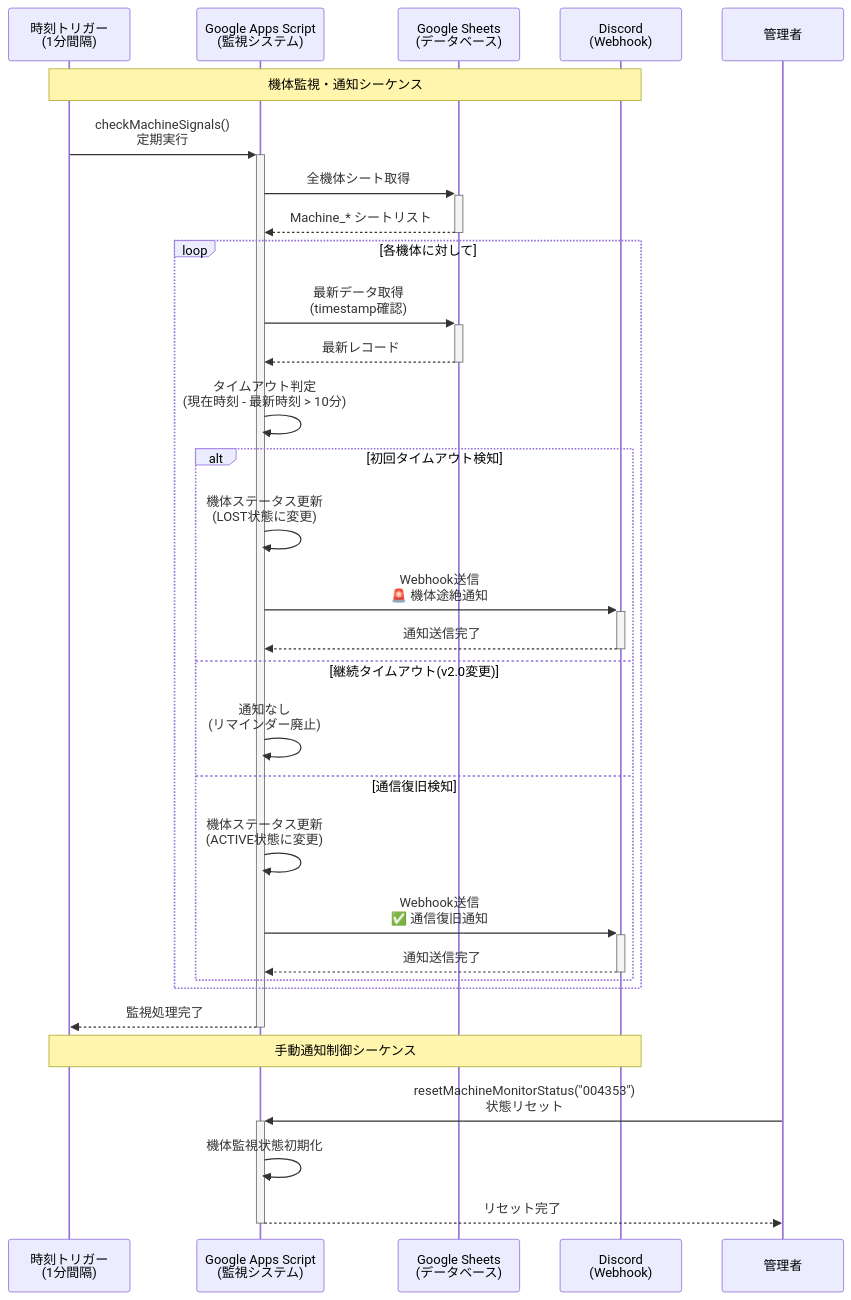
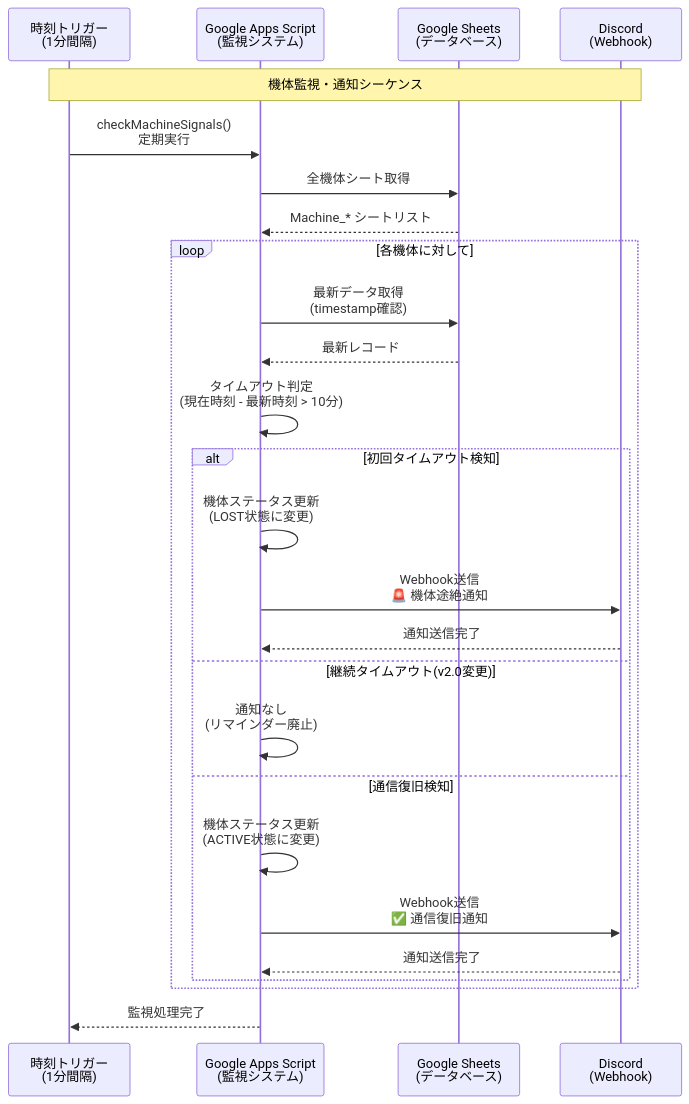
Before and after one commit to e-kagaku-Aquatic-Project/Telemetry-Visualization-App: the third of 11 diagrams in GAS/README.md, drawn with Mermaid. The commit also changed other lines of this file, not shown here.

````diff
--- a/GAS/README.md
+++ b/GAS/README.md
@@ -198,45 +187,38 @@
 ```mermaid
 sequenceDiagram
     participant Trigger as 時刻トリガー<br/>(1分間隔)
     participant GAS as Google Apps Script<br/>(監視システム)
     participant Sheet as Google Sheets<br/>(データベース)
     participant Discord as Discord<br/>(Webhook)
 
     Note over Trigger, Discord: 機体監視・通知シーケンス
 
-    Trigger->>+GAS: checkMachineSignals()<br/>定期実行
+    Trigger->>GAS: checkMachineSignals()<br/>定期実行
 
-    GAS->>+Sheet: 全機体シート取得
-    Sheet-->>-GAS: Machine_* シートリスト
+    GAS->>Sheet: 全機体シート取得
+    Sheet-->>GAS: Machine_* シートリスト
 
     loop 各機体に対して
-        GAS->>+Sheet: 最新データ取得<br/>(timestamp確認)
-        Sheet-->>-GAS: 最新レコード
+        GAS->>Sheet: 最新データ取得<br/>(timestamp確認)
+        Sheet-->>GAS: 最新レコード
 
         GAS->>GAS: タイムアウト判定<br/>(現在時刻 - 最新時刻 > 10分)
 
         alt 初回タイムアウト検知
             GAS->>GAS: 機体ステータス更新<br/>(LOST状態に変更)
-            GAS->>+Discord: Webhook送信<br/>🚨 機体途絶通知
-            Discord-->>-GAS: 通知送信完了
+            GAS->>Discord: Webhook送信<br/>🚨 機体途絶通知
+            Discord-->>GAS: 通知送信完了
 
         else 継続タイムアウト(v2.0変更)
             GAS->>GAS: 通知なし<br/>(リマインダー廃止)
 
         else 通信復旧検知
             GAS->>GAS: 機体ステータス更新<br/>(ACTIVE状態に変更)
-            GAS->>+Discord: Webhook送信<br/>✅ 通信復旧通知
-            Discord-->>-GAS: 通知送信完了
+            GAS->>Discord: Webhook送信<br/>✅ 通信復旧通知
+            Discord-->>GAS: 通知送信完了
         end
     end
 
-    GAS-->>-Trigger: 監視処理完了
+    GAS-->>Trigger: 監視処理完了
 
-    Note over Trigger, Discord: 手動通知制御シーケンス
-
-    participant Admin as 管理者
-
-    Admin->>+GAS: resetMachineMonitorStatus("004353")<br/>状態リセット
-    GAS->>GAS: 機体監視状態初期化
-    GAS-->>-Admin: リセット完了
 ```
````
